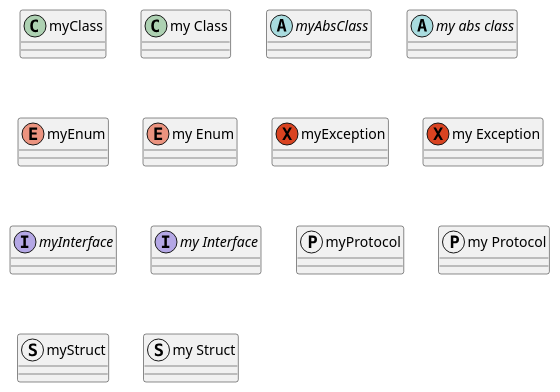
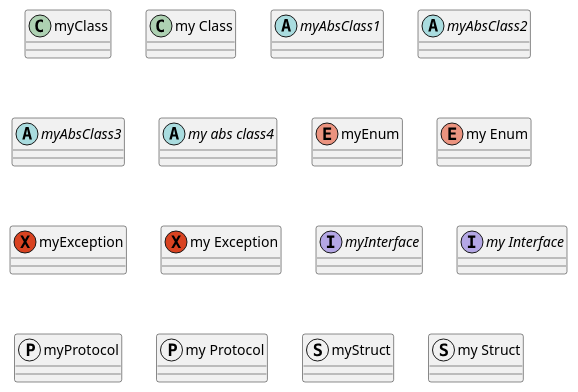
The diagram in examples/01_elements.puml (Tomas124589/pyplaml), drawn with PlantUML before and after one commit. The commit also changed 2 other files, not shown here.

```diff
--- a/examples/01_elements.puml
+++ b/examples/01_elements.puml
@@ -1,20 +1,22 @@
 @startuml "BasicElements"
 class myClass
 Class "my Class"
-abstract class myAbsClass
-abstract class "my abs class"
+abstract "myAbsClass1"
+abstract myAbsClass2
+abstract class myAbsClass3
+abstract class "my abs class4"
 enum myEnum
 enum "my Enum"
 exception myException
 exception "my Exception"
 interface myInterface
 interface "my Interface"
 ' metaclass myMetaClass
 ' metaclass "my Meta Class"
 protocol myProtocol
 protocol "my Protocol"
 ' stereotype myStereotype
 ' stereotype "my Stereotype"
 struct myStruct
 struct "my Struct"
 @enduml
```
